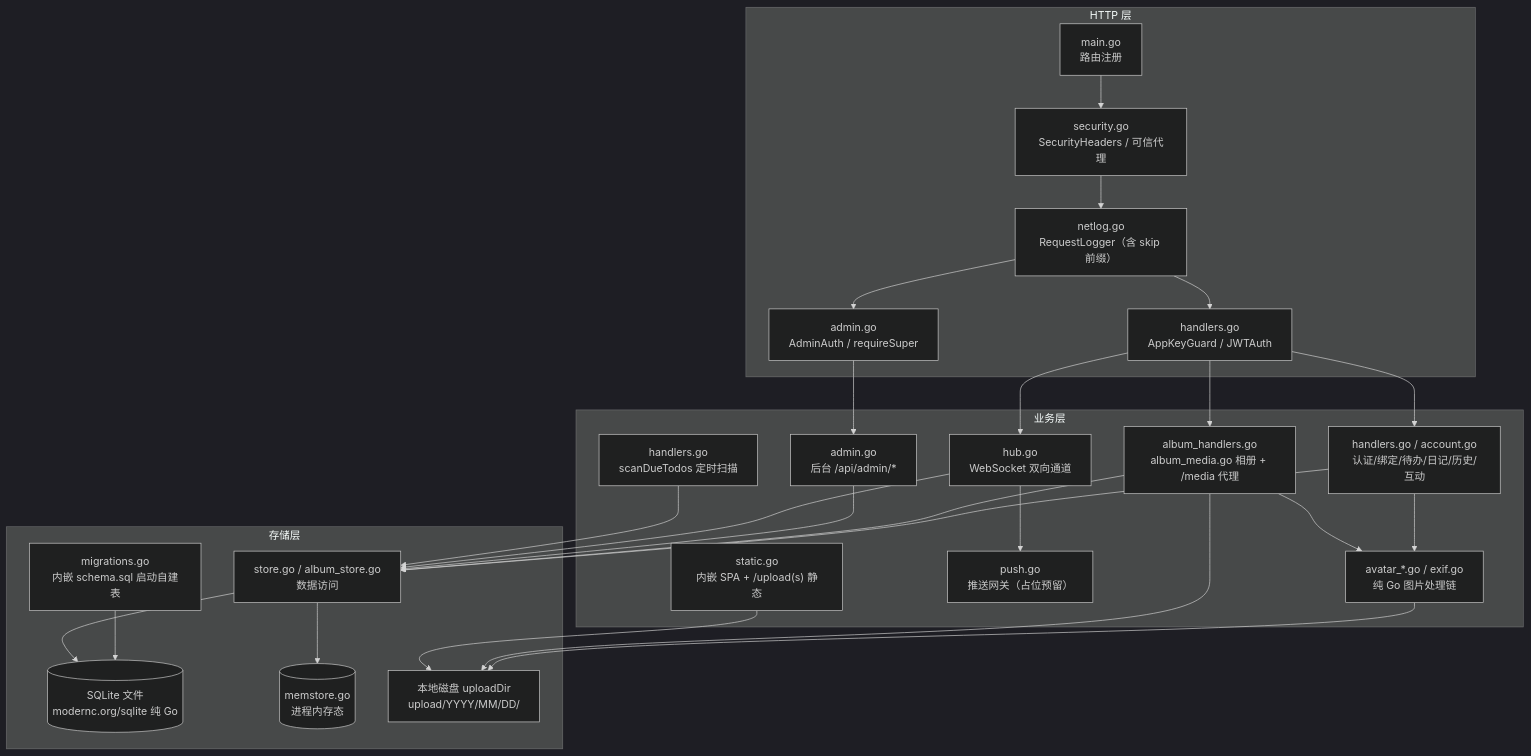
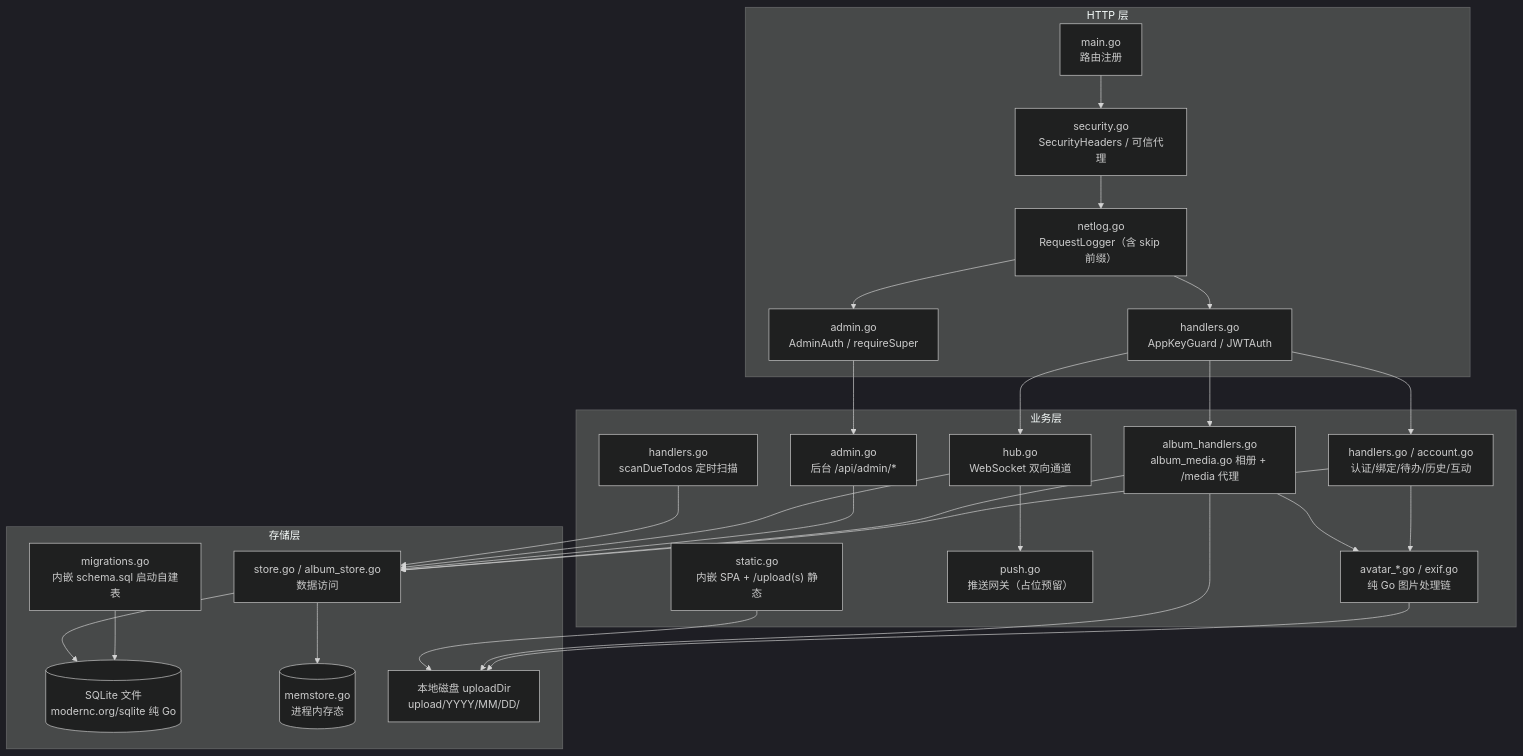
One commit to Lxii-Build/LxDay changed the second of 10 diagrams in ARCHITECTURE.md. Above: the diagram before and after it, drawn with Mermaid (dark theme). The commit also changed other lines of this file and 118 other files, not shown here.

````diff
--- a/ARCHITECTURE.md
+++ b/ARCHITECTURE.md
@@ -184,52 +184,52 @@
 ```mermaid
 graph TD
     subgraph "HTTP 层"
         ROUTE["main.go<br/>路由注册"]
         SEC["security.go<br/>SecurityHeaders / 可信代理"]
         NETLOG["netlog.go<br/>RequestLogger（含 skip 前缀）"]
         AUTH["handlers.go<br/>AppKeyGuard / JWTAuth"]
         ADMINAUTH["admin.go<br/>AdminAuth / requireSuper"]
     end
 
     subgraph "业务层"
-        H["handlers.go / account.go<br/>认证/绑定/待办/日记/历史/互动"]
+        H["handlers.go / account.go<br/>认证/绑定/待办/历史/互动"]
         ALB["album_handlers.go<br/>album_media.go 相册 + /media 代理"]
         AVA["avatar_*.go / exif.go<br/>纯 Go 图片处理链"]
         ADM["admin.go<br/>后台 /api/admin/*"]
         HUBN["hub.go<br/>WebSocket 双向通道"]
         PUSH["push.go<br/>推送网关（占位预留）"]
         SCAN["handlers.go<br/>scanDueTodos 定时扫描"]
         STATIC["static.go<br/>内嵌 SPA + /upload(s) 静态"]
     end
 
     subgraph "存储层"
         STORE["store.go / album_store.go<br/>数据访问"]
         MIG["migrations.go<br/>内嵌 schema.sql 启动自建表"]
         SQLITE[("SQLite 文件<br/>modernc.org/sqlite 纯 Go")]
         MEM[("memstore.go<br/>进程内存态")]
         DISK["本地磁盘 uploadDir<br/>upload/YYYY/MM/DD/"]
     end
 
     ROUTE --> SEC
     SEC --> NETLOG
     NETLOG --> AUTH
     NETLOG --> ADMINAUTH
     AUTH --> H
     AUTH --> ALB
     AUTH --> HUBN
     ADMINAUTH --> ADM
     H --> AVA
     ALB --> AVA
     H --> STORE
     ALB --> STORE
     ADM --> STORE
     HUBN --> STORE
     SCAN --> STORE
     AVA --> DISK
     ALB --> DISK
     STATIC --> DISK
     MIG --> SQLITE
     STORE --> SQLITE
     STORE --> MEM
     HUBN --> PUSH
 ```
````
